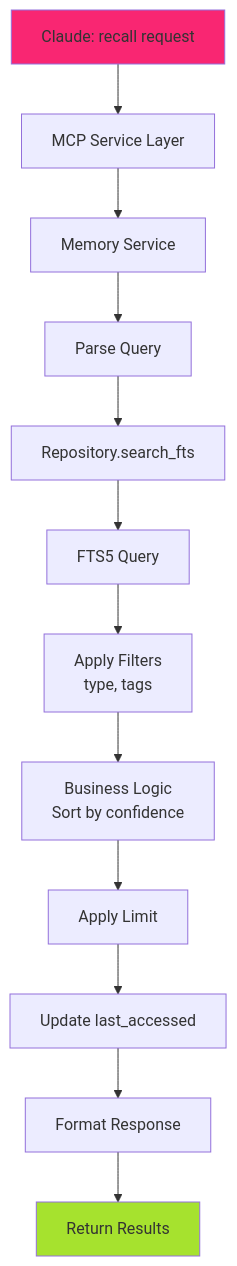
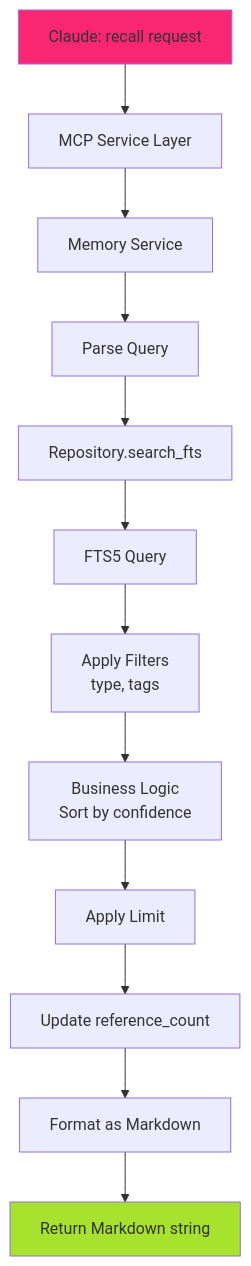
One commit to ashigirl96/hail-mary changed the third of 5 diagrams in .kiro/specs/2025-08-16-memory-mcp/design-v3.md. Above: the diagram before and after it, drawn with Mermaid. The commit also changed other lines of this file, not shown here.

````diff
--- a/.kiro/specs/2025-08-16-memory-mcp/design-v3.md
+++ b/.kiro/specs/2025-08-16-memory-mcp/design-v3.md
@@ -382,29 +364,29 @@
 ```mermaid
 %%{init: {
   'theme': 'dark',
   'themeCSS': '
     .nodeLabel { color: #FD971F !important; }
     .edgeLabel { color: #A6E22E !important; background-color: transparent !important; }
     .cluster rect { fill: #272822 !important; stroke: #F92672 !important; stroke-width: 2px !important; rx: 5px !important; ry: 5px !important; }
     .node rect, .node circle, .node ellipse, .node polygon, .node path { fill: #272822 !important; stroke: #A6E22E !important; stroke-width: 2px !important; }
     .flowchart-link { stroke: #66D9EF !important; stroke-width: 2px !important; }
   '
 }}%%
 flowchart TD
     A[Claude: recall request] --> B[MCP Service Layer]
     B --> C[Memory Service]
     C --> D[Parse Query]
     
     D --> E[Repository.search_fts]
     E --> F[FTS5 Query]
     
     F --> G[Apply Filters<br/>type, tags]
     G --> H[Business Logic<br/>Sort by confidence]
     H --> I[Apply Limit]
-    I --> J[Update last_accessed]
-    J --> K[Format Response]
-    K --> L[Return Results]
+    I --> J[Update reference_count]
+    J --> K[Format as Markdown]
+    K --> L[Return Markdown string]
     
     style A fill:#F92672
     style L fill:#A6E22E
 ```
````
